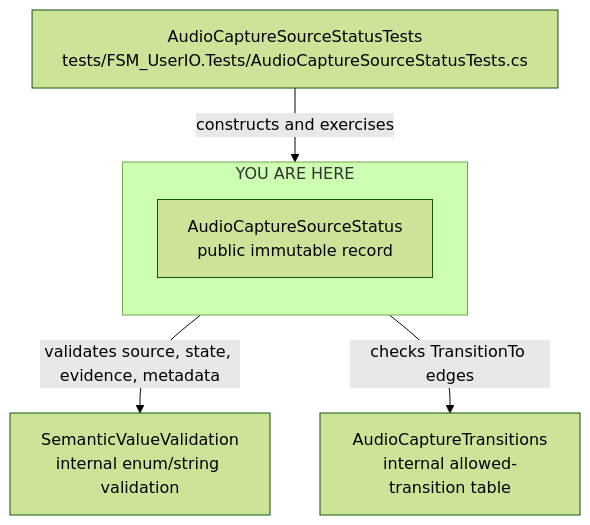
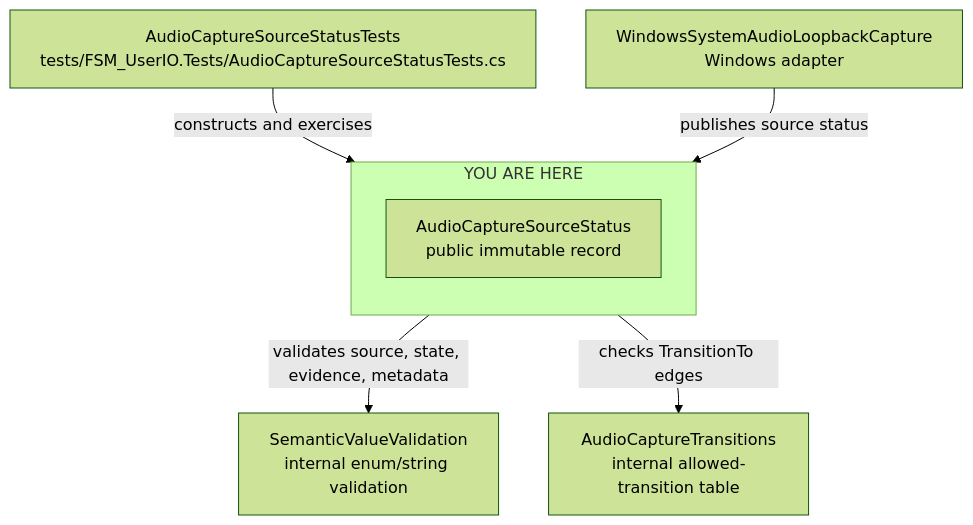
The diagram in docs/UML/Neighborhoods/AudioCaptureSourceStatus.md (TrentBest/FSM_UserIO), drawn with Mermaid (forest theme) before and after one commit. The commit also changed other lines of this file, not shown here.

Commit message:
docs: verify Windows adapter status relationship

````diff
--- a/docs/UML/Neighborhoods/AudioCaptureSourceStatus.md
+++ b/docs/UML/Neighborhoods/AudioCaptureSourceStatus.md
@@ -14,14 +14,16 @@
 ```mermaid
 flowchart TB
     T["AudioCaptureSourceStatusTests<br/>tests/FSM_UserIO.Tests/AudioCaptureSourceStatusTests.cs"]
+    W["WindowsSystemAudioLoopbackCapture<br/>Windows adapter"]
     subgraph Focus["YOU ARE HERE"]
       direction TB
       S["AudioCaptureSourceStatus<br/>public immutable record"]
     end
     V["SemanticValueValidation<br/>internal enum/string validation"]
     X["AudioCaptureTransitions<br/>internal allowed-transition table"]
 
     T -->|"constructs and exercises"| S
+    W -->|"publishes source status"| S
     S -->|"validates source, state, evidence, metadata"| V
     S -->|"checks TransitionTo edges"| X
 ```
````
